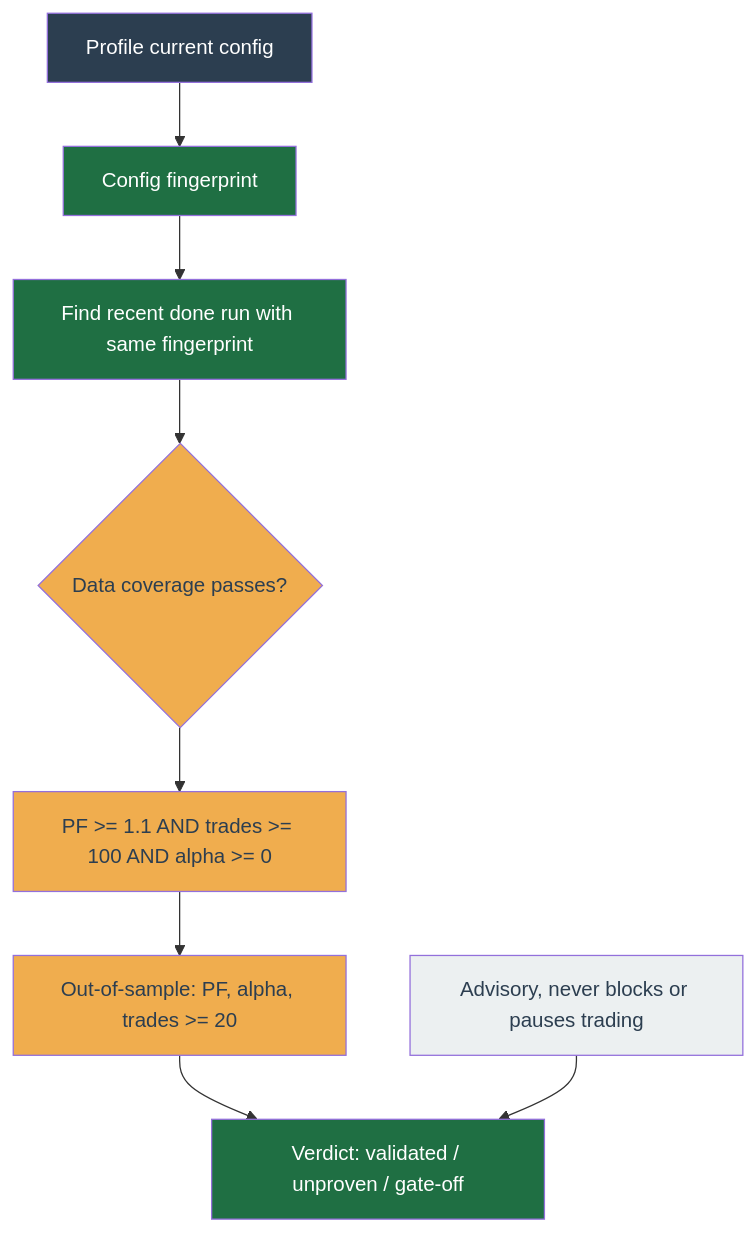
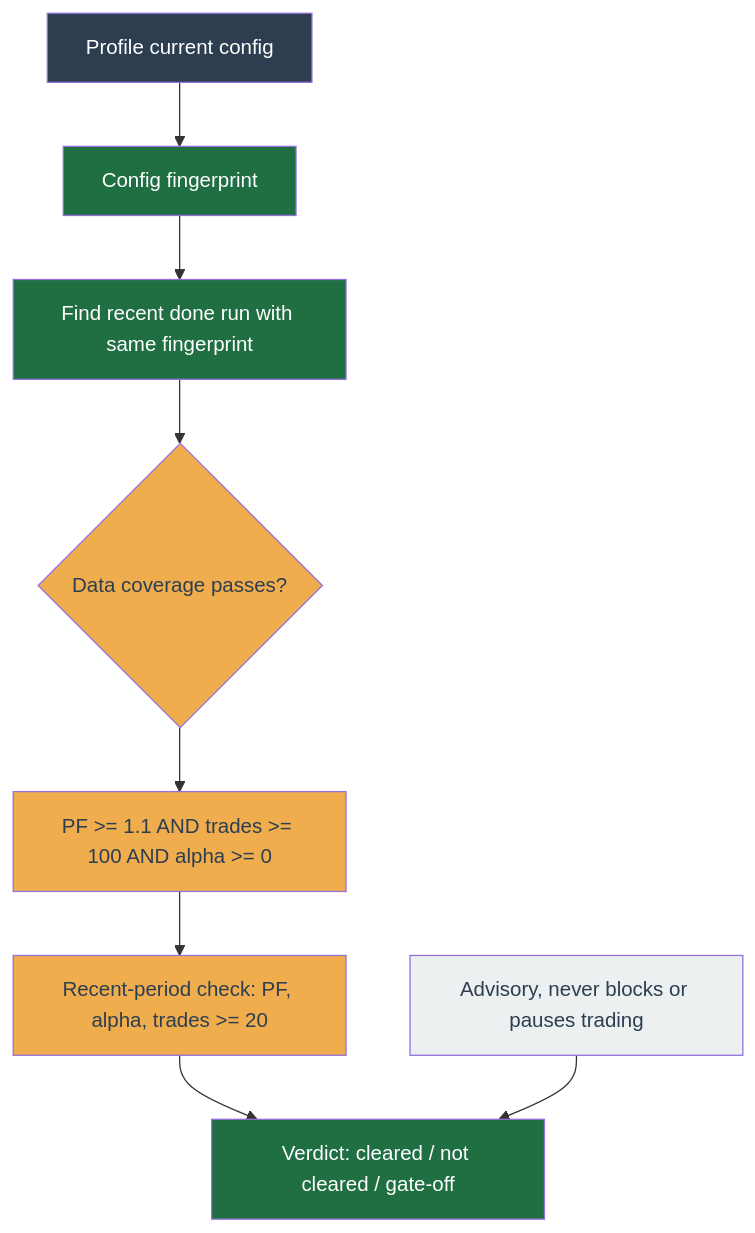
The second of 2 diagrams in docs/concepts/backtesting.md (chrisleekr/binance-trading-bot), drawn with Mermaid before and after one commit. The commit also changed other lines of this file and 126 other files, not shown here.

````diff
--- a/docs/concepts/backtesting.md
+++ b/docs/concepts/backtesting.md
@@ -128,15 +128,15 @@
 ```mermaid
 flowchart TD
     Config["Profile current config"]:::io --> Fingerprint["Config fingerprint"]:::core
     Fingerprint --> FindRun["Find recent done run with same fingerprint"]:::core
     FindRun --> Coverage{"Data coverage passes?"}:::gate
     Coverage --> InSample["PF >= 1.1 AND trades >= 100 AND alpha >= 0"]:::gate
-    InSample --> OOS["Out-of-sample: PF, alpha, trades >= 20"]:::gate
-    OOS --> Verdict["Verdict: validated / unproven / gate-off"]:::act
+    InSample --> OOS["Recent-period check: PF, alpha, trades >= 20"]:::gate
+    OOS --> Verdict["Verdict: cleared / not cleared / gate-off"]:::act
     Advisory["Advisory, never blocks or pauses trading"]:::wait --> Verdict
     classDef io fill:#2c3e50,color:#ffffff;
     classDef core fill:#1f6f43,color:#ffffff;
     classDef gate fill:#f0ad4e,color:#2c3e50;
     classDef act fill:#1f6f43,color:#ffffff;
     classDef wait fill:#ecf0f1,color:#2c3e50;
 ```
````
